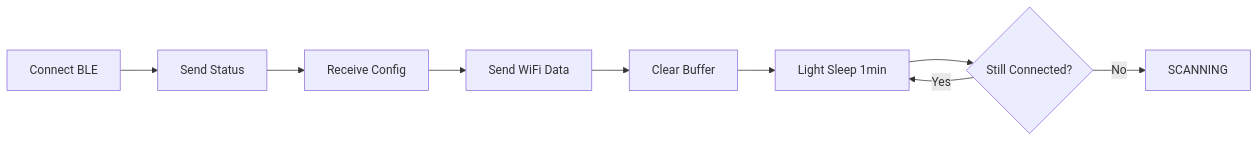
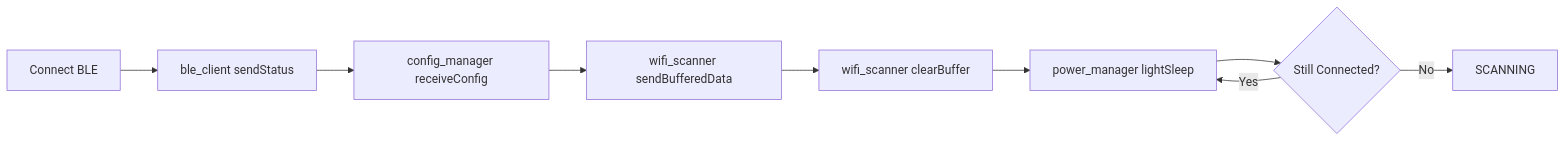
The third of 10 diagrams in firmware/bike/SYSTEM_FLOW.md (Ameciclo/bpr-sistema), drawn with Mermaid before and after one commit. The commit also changed other lines of this file and 49 other files, not shown here.

````diff
--- a/firmware/bike/SYSTEM_FLOW.md
+++ b/firmware/bike/SYSTEM_FLOW.md
@@ -72,11 +85,11 @@
 ```mermaid
 flowchart LR
-    A[Connect BLE] --> B[Send Status]
-    B --> C[Receive Config]
-    C --> D[Send WiFi Data]
-    D --> E[Clear Buffer]
-    E --> F[Light Sleep 1min]
+    A[Connect BLE] --> B[ble_client sendStatus]
+    B --> C[config_manager receiveConfig]
+    C --> D[wifi_scanner sendBufferedData]
+    D --> E[wifi_scanner clearBuffer]
+    E --> F[power_manager lightSleep]
     F --> G{Still Connected?}
     G -->|Yes| F
     G -->|No| H[SCANNING]
 ```
````
